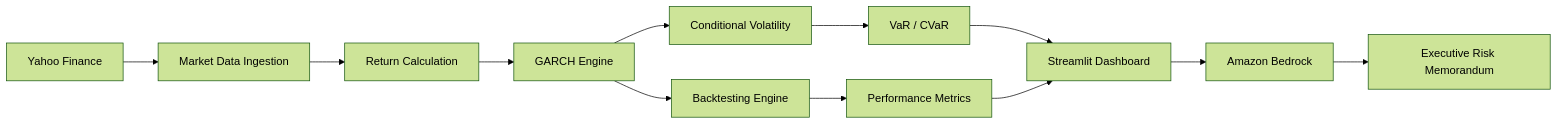
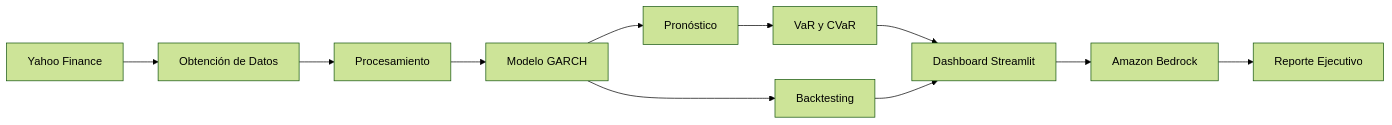
Before and after one commit to Camxeroth/Proyecto-Hackaton: the diagram in README.md, drawn with Mermaid (forest theme). The commit also changed other lines of this file, not shown here.

````diff
--- a/README.md
+++ b/README.md
@@ -143,27 +165,25 @@
 ```mermaid
 flowchart LR
 
 A[Yahoo Finance]
 
-A --> B[Market Data Ingestion]
+A --> B[Obtención de Datos]
 
-B --> C[Return Calculation]
+B --> C[Procesamiento]
 
-C --> D[GARCH Engine]
+C --> D[Modelo GARCH]
 
-D --> E[Conditional Volatility]
+D --> E[Pronóstico]
 
-E --> F[VaR / CVaR]
+E --> F[VaR y CVaR]
 
-D --> G[Backtesting Engine]
+D --> G[Backtesting]
 
-G --> H[Performance Metrics]
+F --> H[Dashboard Streamlit]
 
-F --> I[Streamlit Dashboard]
+G --> H
 
-H --> I
+H --> I[Amazon Bedrock]
 
-I --> J[Amazon Bedrock]
-
-J --> K[Executive Risk Memorandum]
+I --> J[Reporte Ejecutivo]
 ```
````
